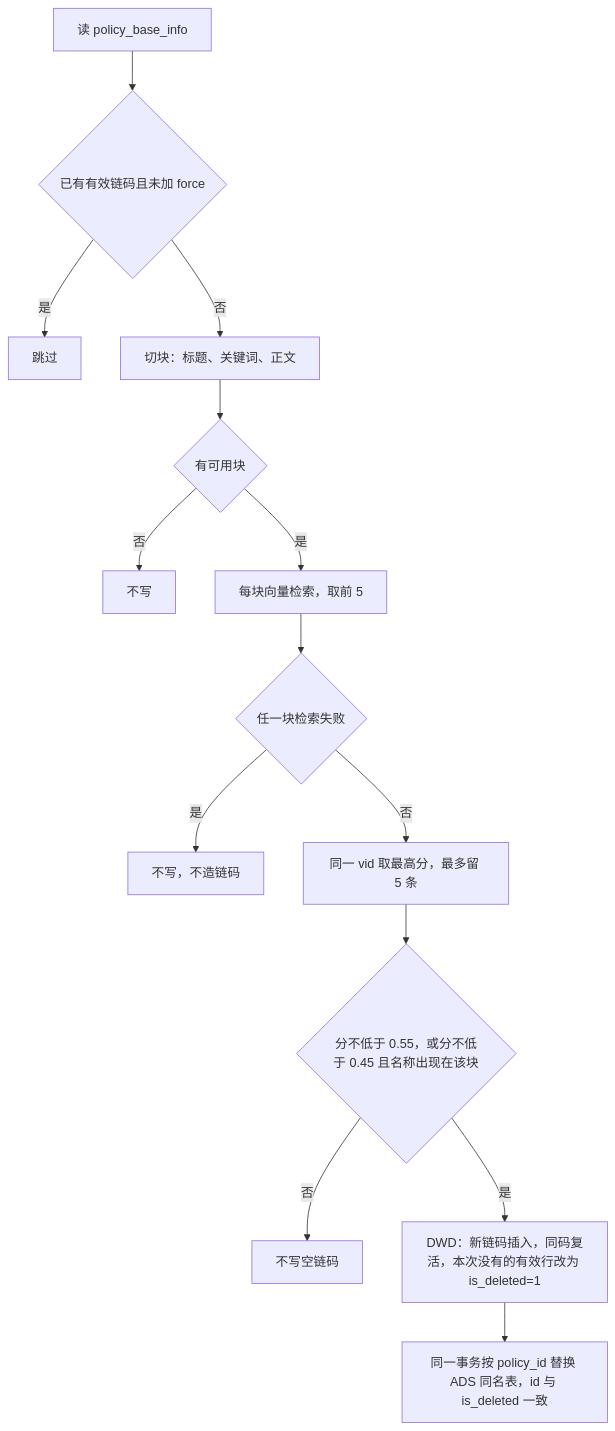
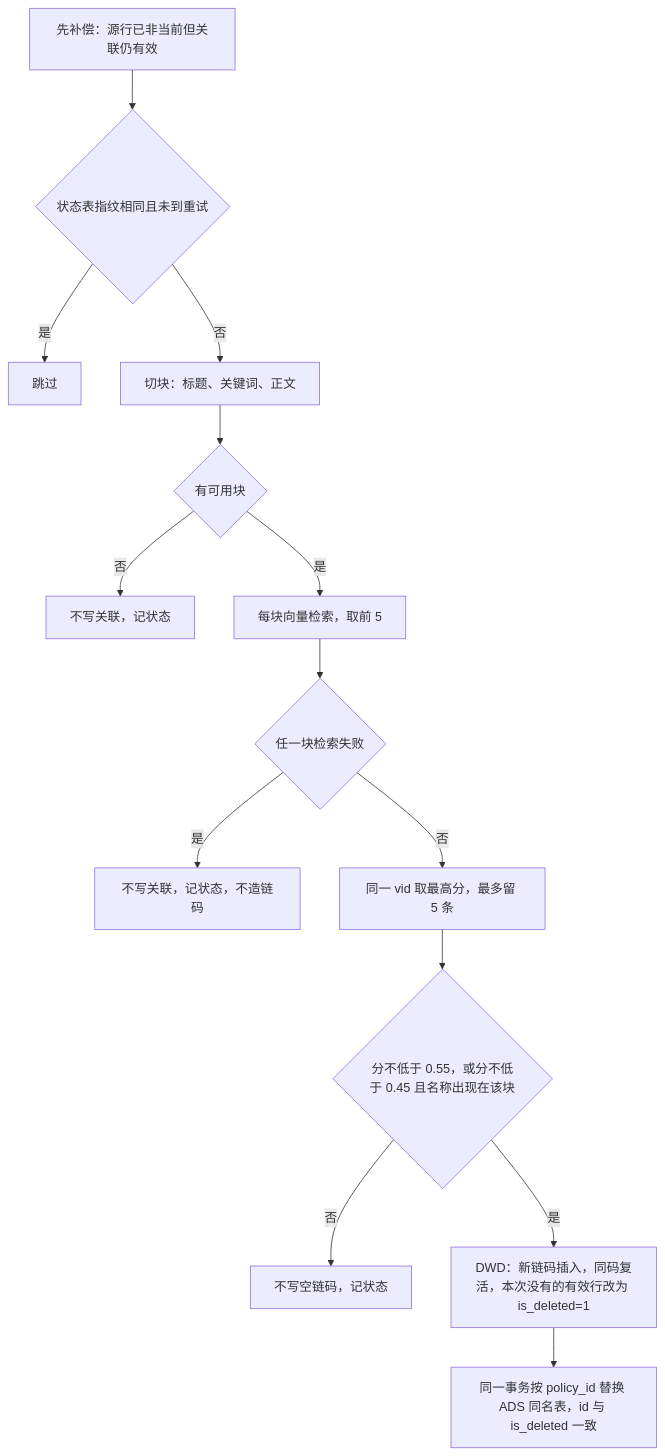
One commit to Marisolebxf/- changed the second of 3 diagrams in agent-delivery/data/GDF/派单包/政策/GDF-POLICY-WORKPACK-v2/12-DWD后加工-抽取产业与条款结构化.md. Above: the diagram before and after it, drawn with Mermaid. The commit also changed other lines of this file and 17 other files, not shown here.

````diff
--- a/agent-delivery/data/GDF/派单包/政策/GDF-POLICY-WORKPACK-v2/12-DWD后加工-抽取产业与条款结构化.md
+++ b/agent-delivery/data/GDF/派单包/政策/GDF-POLICY-WORKPACK-v2/12-DWD后加工-抽取产业与条款结构化.md
@@ -61,16 +69,16 @@
 ```mermaid
 flowchart TD
-  S[读 policy_base_info] --> K{已有有效链码且未加 force}
+  S[先补偿：源行已非当前但关联仍有效] --> K{状态表指纹相同且未到重试}
   K -->|是| SK[跳过]
   K -->|否| CH[切块：标题、关键词、正文]
   CH --> E{有可用块}
-  E -->|否| NW1[不写]
+  E -->|否| NW1[不写关联，记状态]
   E -->|是| SE[每块向量检索，取前 5]
   SE --> D{任一块检索失败}
-  D -->|是| NW2[不写，不造链码]
+  D -->|是| NW2[不写关联，记状态，不造链码]
   D -->|否| SC[同一 vid 取最高分，最多留 5 条]
   SC --> G{分不低于 0.55，或分不低于 0.45 且名称出现在该块}
-  G -->|否| NW3[不写空链码]
+  G -->|否| NW3[不写空链码，记状态]
   G -->|是| W[DWD：新链码插入，同码复活，本次没有的有效行改为 is_deleted=1]
   W --> ADS[同一事务按 policy_id 替换 ADS 同名表，id 与 is_deleted 一致]
 ```
````
